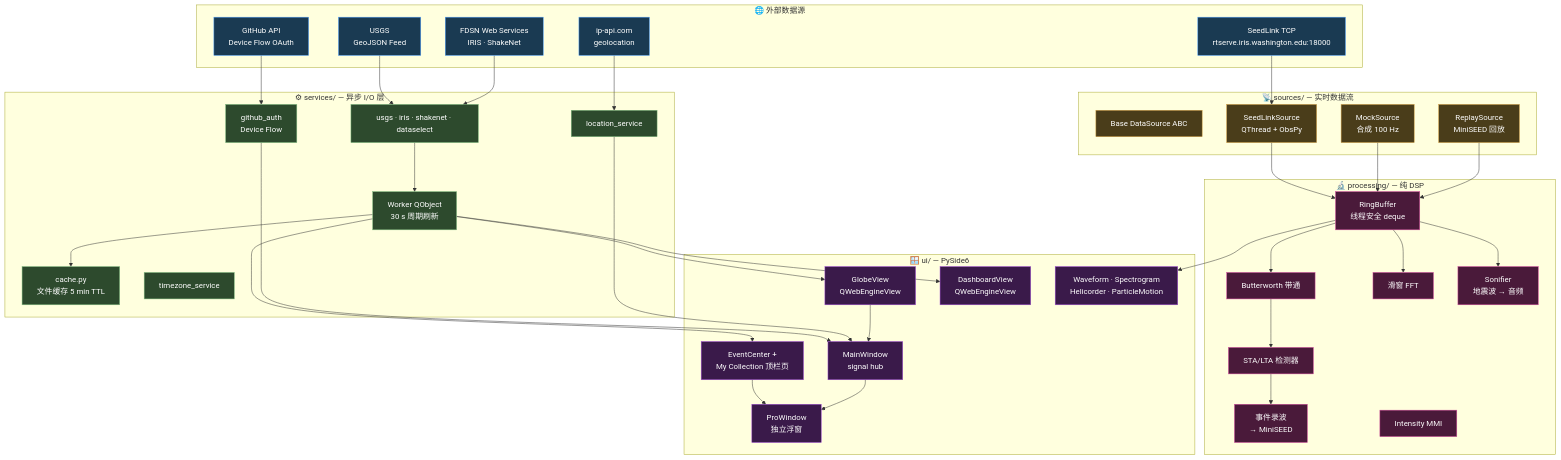
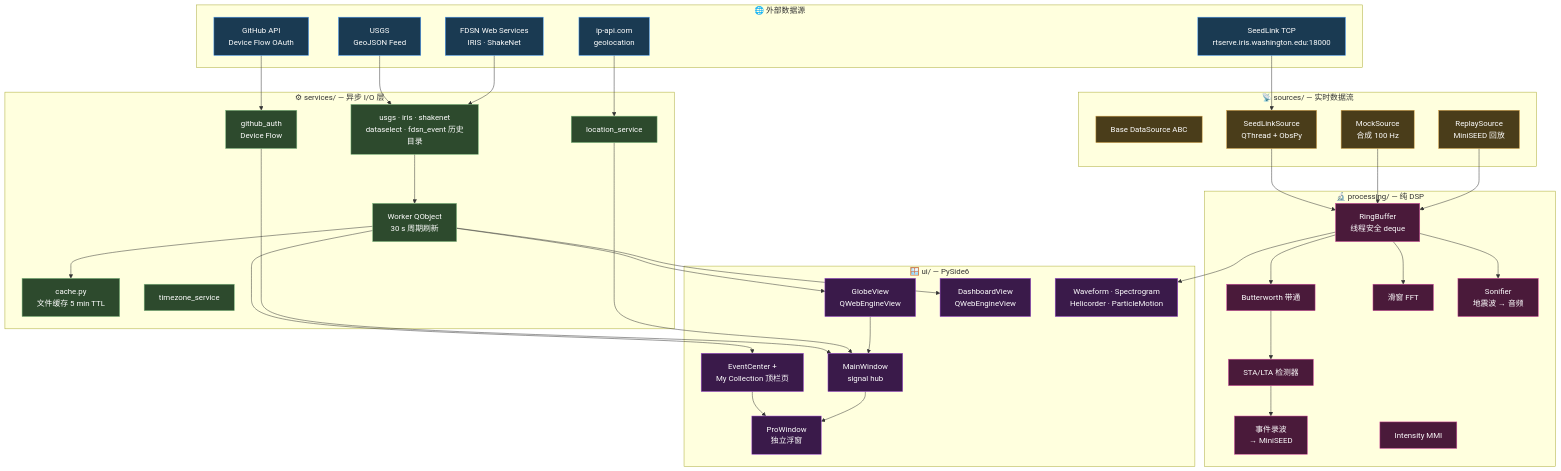
One commit to yiaogit/seismic-shakevision changed the first of 5 diagrams in README.md. Above: the diagram before and after it, drawn with Mermaid. The commit also changed other lines of this file and 86 other files, not shown here.

````diff
--- a/README.md
+++ b/README.md
@@ -212,77 +212,77 @@
 ```mermaid
 graph TB
     subgraph external[" 🌐 外部数据源"]
         USGS[USGS<br/>GeoJSON Feed]
         FDSN[FDSN Web Services<br/>IRIS · ShakeNet]
         SL[SeedLink TCP<br/>rtserve.iris.washington.edu:18000]
         GH[GitHub API<br/>Device Flow OAuth]
         IP[ip-api.com<br/>geolocation]
     end
 
     subgraph services[" ⚙ services/ — 异步 I/O 层"]
         Worker[Worker QObject<br/>30 s 周期刷新]
-        Clients[usgs · iris · shakenet · dataselect]
+        Clients[usgs · iris · shakenet<br/>dataselect · fdsn_event 历史目录]
         Cache[cache.py<br/>文件缓存 5 min TTL]
         Auth[github_auth<br/>Device Flow]
         TZ[timezone_service]
         Loc[location_service]
     end
 
     subgraph sources[" 📡 sources/ — 实时数据流"]
         Base[Base DataSource ABC]
         Seedlink[SeedLinkSource<br/>QThread + ObsPy]
         Replay[ReplaySource<br/>MiniSEED 回放]
         Mock[MockSource<br/>合成 100 Hz]
     end
 
     subgraph proc[" 🔬 processing/ — 纯 DSP"]
         Buffer[RingBuffer<br/>线程安全 deque]
         Filter[Butterworth 带通]
         Detect[STA/LTA 检测器]
         Spec[滑窗 FFT]
         Rec[事件录波<br/>→ MiniSEED]
         Son[Sonifier<br/>地震波 → 音频]
         Int[Intensity MMI]
     end
 
     subgraph ui[" 🪟 ui/ — PySide6"]
         Main[MainWindow<br/>signal hub]
         Globe[GlobeView<br/>QWebEngineView]
         Dash[DashboardView<br/>QWebEngineView]
         Pro[ProWindow<br/>独立浮窗]
         Events[EventCenter +<br/>My Collection 顶栏页]
         Widgets[Waveform · Spectrogram<br/>Helicorder · ParticleMotion]
     end
 
     USGS --> Clients --> Worker
     FDSN --> Clients
     Worker --> Cache
     Worker --> Globe
     Worker --> Dash
     Worker --> Events
     Events --> Pro
 
     SL --> Seedlink --> Buffer
     Mock --> Buffer
     Replay --> Buffer
 
     Buffer --> Filter --> Detect --> Rec
     Buffer --> Spec
     Buffer --> Son
     Buffer --> Widgets
 
     GH --> Auth --> Main
     IP --> Loc --> Main
     Globe --> Main --> Pro
 
     classDef ext fill:#1a3a52,stroke:#4a9eff,color:#fff
     classDef svc fill:#2d4a2d,stroke:#7fbb7f,color:#fff
     classDef src fill:#4a3d1a,stroke:#d4a043,color:#fff
     classDef ds fill:#4a1a3a,stroke:#d44a9e,color:#fff
     classDef uic fill:#3a1a4a,stroke:#9e4ad4,color:#fff
     class USGS,FDSN,SL,GH,IP ext
     class Worker,Clients,Cache,Auth,TZ,Loc svc
     class Base,Seedlink,Replay,Mock src
     class Buffer,Filter,Detect,Spec,Rec,Son,Int ds
     class Main,Globe,Dash,Pro,Events,Widgets uic
 ```
````
